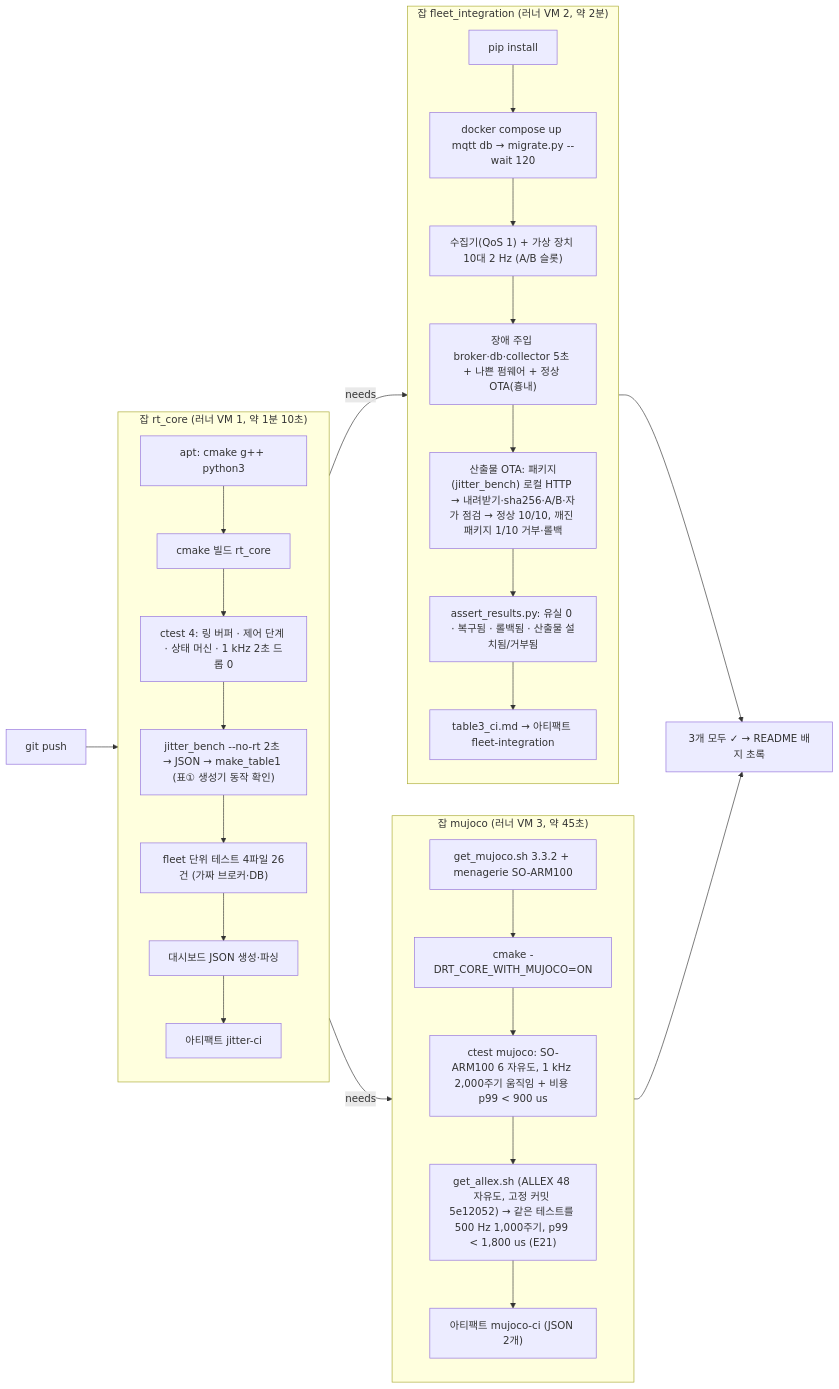
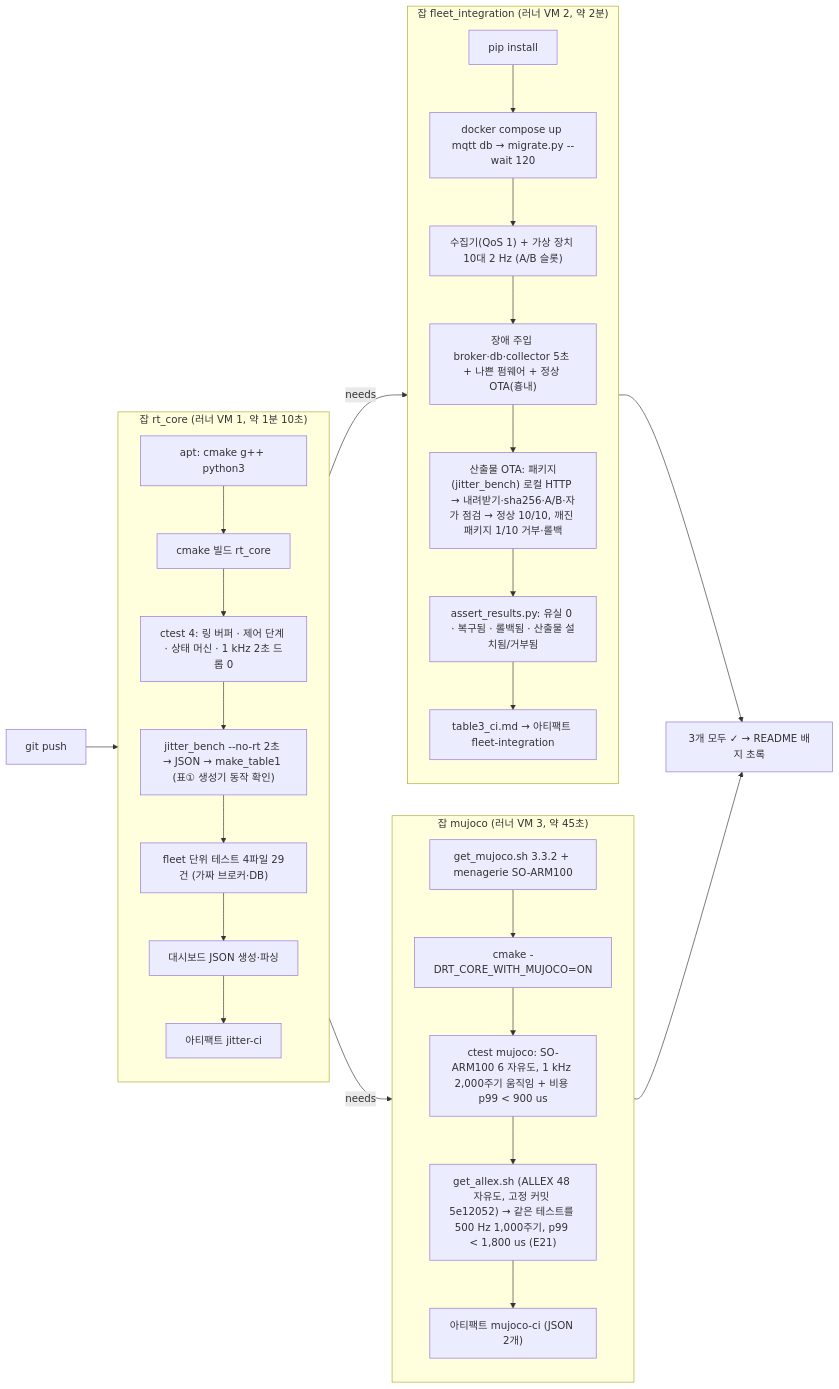
The second of 3 diagrams in docs/ENVIRONMENT.md (ohevance/rt-robot-data-infra), drawn with Mermaid before and after one commit. The commit also changed other lines of this file and 15 other files, not shown here.

````diff
--- a/docs/ENVIRONMENT.md
+++ b/docs/ENVIRONMENT.md
@@ -118,26 +118,26 @@
 ```mermaid
 flowchart LR
   P["git push"] --> R1
   subgraph R1["잡 rt_core (러너 VM 1, 약 1분 10초)"]
     direction TB
     a1["apt: cmake g++ python3"] --> a2["cmake 빌드 rt_core"] --> a3["ctest 4: 링 버퍼 · 제어 단계 · 상태 머신 · 1 kHz 2초 드롭 0"]
     a3 --> a4["jitter_bench --no-rt 2초 → JSON → make_table1 (표① 생성기 동작 확인)"]
-    a4 --> a5["fleet 단위 테스트 4파일 26건 (가짜 브로커·DB)"] --> a6["대시보드 JSON 생성·파싱"] --> a7["아티팩트 jitter-ci"]
+    a4 --> a5["fleet 단위 테스트 4파일 29건 (가짜 브로커·DB)"] --> a6["대시보드 JSON 생성·파싱"] --> a7["아티팩트 jitter-ci"]
   end
   R1 -- needs --> R2
   R1 -- needs --> R3
   subgraph R2["잡 fleet_integration (러너 VM 2, 약 2분)"]
     direction TB
     b1["pip install"] --> b2["docker compose up mqtt db → migrate.py --wait 120"]
     b2 --> b3["수집기(QoS 1) + 가상 장치 10대 2 Hz (A/B 슬롯)"] --> b4["장애 주입 broker·db·collector 5초 + 나쁜 펌웨어 + 정상 OTA(흉내)"]
     b4 --> b4b["산출물 OTA: 패키지(jitter_bench) 로컬 HTTP → 내려받기·sha256·A/B·자가 점검 → 정상 10/10, 깨진 패키지 1/10 거부·롤백"]
     b4b --> b5["assert_results.py: 유실 0 · 복구됨 · 롤백됨 · 산출물 설치됨/거부됨"] --> b6["table3_ci.md → 아티팩트 fleet-integration"]
   end
   subgraph R3["잡 mujoco (러너 VM 3, 약 45초)"]
     direction TB
     c1["get_mujoco.sh 3.3.2 + menagerie SO-ARM100"] --> c2["cmake -DRT_CORE_WITH_MUJOCO=ON"] --> c3["ctest mujoco: SO-ARM100 6 자유도, 1 kHz 2,000주기 움직임 + 비용 p99 < 900 us"]
     c3 --> c3b["get_allex.sh (ALLEX 48 자유도, 고정 커밋 5e12052) → 같은 테스트를 500 Hz 1,000주기, p99 < 1,800 us (E21)"] --> c4["아티팩트 mujoco-ci (JSON 2개)"]
   end
   R2 --> OK["3개 모두 ✓ → README 배지 초록"]
   R3 --> OK
 ```
````
